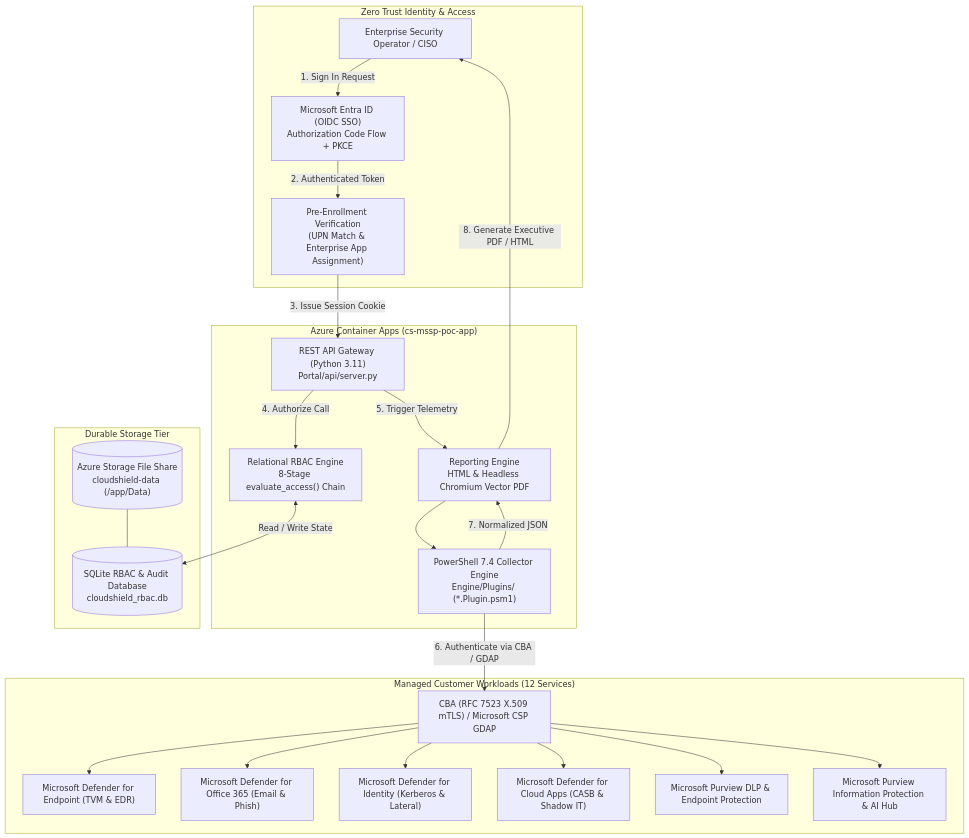
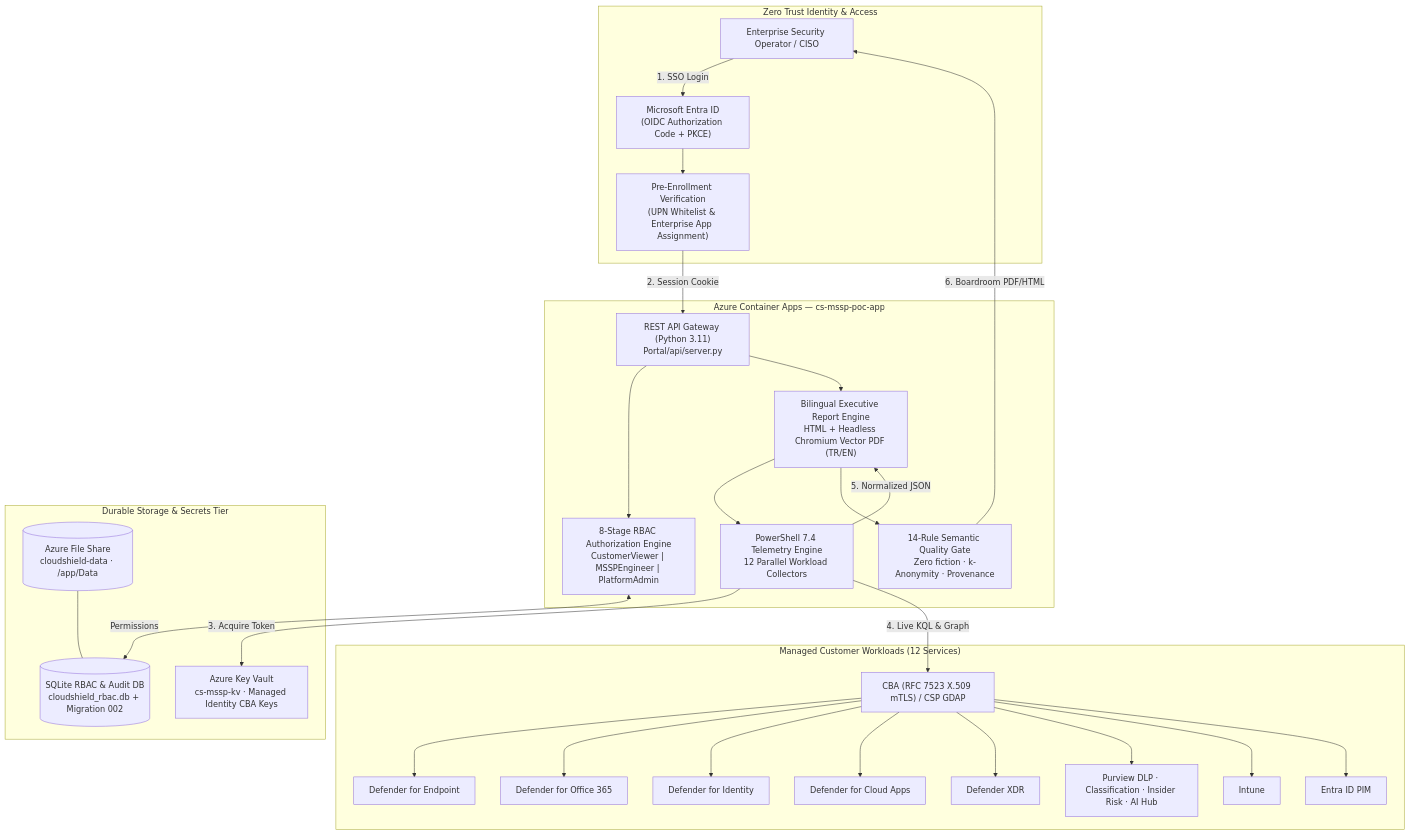
One commit to canercetinkaya/cloudshield-mssp-portal changed the diagram in README.md. Above: the diagram before and after it, drawn with Mermaid. The commit also changed other lines of this file and 8 other files, not shown here.

````diff
--- a/README.md
+++ b/README.md
@@ -30,43 +34,45 @@
 ```mermaid
 flowchart TD
     subgraph Identity ["Zero Trust Identity & Access"]
-        ClientUser["Enterprise Security Operator / CISO"]
-        EntraID["Microsoft Entra ID (OIDC SSO)<br/>Authorization Code Flow + PKCE"]
-        PreEnroll["Pre-Enrollment Verification<br/>(UPN Match & Enterprise App Assignment)"]
+        CISO["Enterprise Security Operator / CISO"]
+        EntraID["Microsoft Entra ID\n(OIDC Authorization Code + PKCE)"]
+        PreEnroll["Pre-Enrollment Verification\n(UPN Whitelist & Enterprise App Assignment)"]
     end
 
-    subgraph AzureACA ["Azure Container Apps (cs-mssp-poc-app)"]
-        APIGateway["REST API Gateway (Python 3.11)<br/>Portal/api/server.py"]
-        RBACEngine["Relational RBAC Engine<br/>8-Stage evaluate_access() Chain"]
-        ReportEngine["Reporting Engine<br/>HTML & Headless Chromium Vector PDF"]
-        PSCollector["PowerShell 7.4 Collector Engine<br/>Engine/Plugins/ (*.Plugin.psm1)"]
+    subgraph ACA ["Azure Container Apps — cs-mssp-poc-app"]
+        APIGateway["REST API Gateway (Python 3.11)\nPortal/api/server.py"]
+        RBACEngine["8-Stage RBAC Authorization Engine\nCustomerViewer | MSSPEngineer | PlatformAdmin"]
+        ReportEngine["Bilingual Executive Report Engine\nHTML + Headless Chromium Vector PDF (TR/EN)"]
+        PSCollector["PowerShell 7.4 Telemetry Engine\n12 Parallel Workload Collectors"]
+        QualityGate["14-Rule Semantic Quality Gate\nZero fiction · k-Anonymity · Provenance"]
     end
 
-    subgraph StorageTier ["Durable Storage Tier"]
-        AzureFiles[("Azure Storage File Share<br/>cloudshield-data (/app/Data)")]
-        SQLiteDB[("SQLite RBAC & Audit Database<br/>cloudshield_rbac.db")]
-        AzureFiles --- SQLiteDB
+    subgraph Storage ["Durable Storage & Secrets Tier"]
+        AzureFiles[("Azure File Share\ncloudshield-data · /app/Data")]
+        SQLiteDB[("SQLite RBAC & Audit DB\ncloudshield_rbac.db + Migration 002")]
+        KeyVault["Azure Key Vault\ncs-mssp-kv · Managed Identity CBA Keys"]
     end
 
-    subgraph CustomerTenants ["Managed Customer Workloads (12 Services)"]
-        AuthMethod["CBA (RFC 7523 X.509 mTLS) / Microsoft CSP GDAP"]
-        MDE["Microsoft Defender for Endpoint (TVM & EDR)"]
-        MDO["Microsoft Defender for Office 365 (Email & Phish)"]
-        MDI["Microsoft Defender for Identity (Kerberos & Lateral)"]
-        MDCA["Microsoft Defender for Cloud Apps (CASB & Shadow IT)"]
-        PurviewDLP["Microsoft Purview DLP & Endpoint Protection"]
-        PurviewGov["Microsoft Purview Information Protection & AI Hub"]
+    subgraph Tenants ["Managed Customer Workloads (12 Services)"]
+        CBA["CBA (RFC 7523 X.509 mTLS) / CSP GDAP"]
+        MDE["Defender for Endpoint"] & MDO["Defender for Office 365"]
+        MDI["Defender for Identity"] & MDCA["Defender for Cloud Apps"]
+        XDR["Defender XDR"] & Purview["Purview DLP · Classification · Insider Risk · AI Hub"]
+        Intune["Intune"] & EntraPIM["Entra ID PIM"]
     end
 
-    ClientUser -->|1. Sign In Request| EntraID
-    EntraID -->|2. Authenticated Token| PreEnroll
-    PreEnroll -->|3. Issue Session Cookie| APIGateway
-    APIGateway -->|4. Authorize Call| RBACEngine
-    RBACEngine <-->|Read / Write State| SQLiteDB
-    APIGateway -->|5. Trigger Telemetry| ReportEngine
+    CISO -->|1. SSO Login| EntraID
+    EntraID --> PreEnroll
+    PreEnroll -->|2. Session Cookie| APIGateway
+    APIGateway --> RBACEngine
+    RBACEngine <-->|Permissions| SQLiteDB
+    APIGateway --> ReportEngine
     ReportEngine --> PSCollector
-    PSCollector -->|6. Authenticate via CBA / GDAP| AuthMethod
-    AuthMethod --> MDE & MDO & MDI & MDCA & PurviewDLP & PurviewGov
-    PSCollector -->|7. Normalized JSON| ReportEngine
-    ReportEngine -->|8. Generate Executive PDF / HTML| ClientUser
+    PSCollector -->|3. Acquire Token| KeyVault
+    PSCollector -->|4. Live KQL & Graph| CBA
+    CBA --> MDE & MDO & MDI & MDCA & XDR & Purview & Intune & EntraPIM
+    PSCollector -->|5. Normalized JSON| ReportEngine
+    ReportEngine --> QualityGate
+    QualityGate -->|6. Boardroom PDF/HTML| CISO
+    AzureFiles --- SQLiteDB
 ```
````
